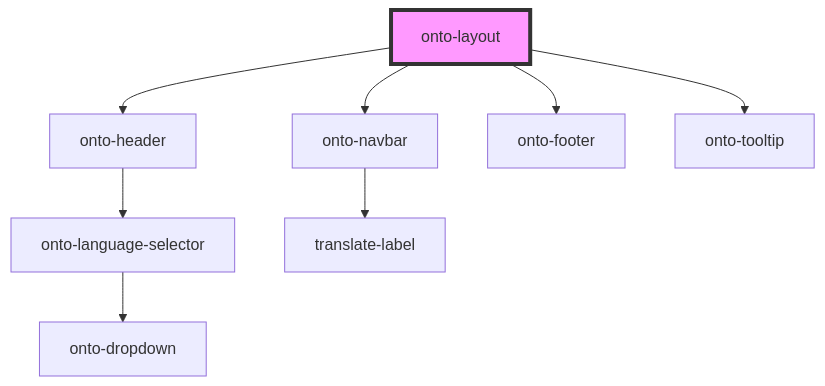
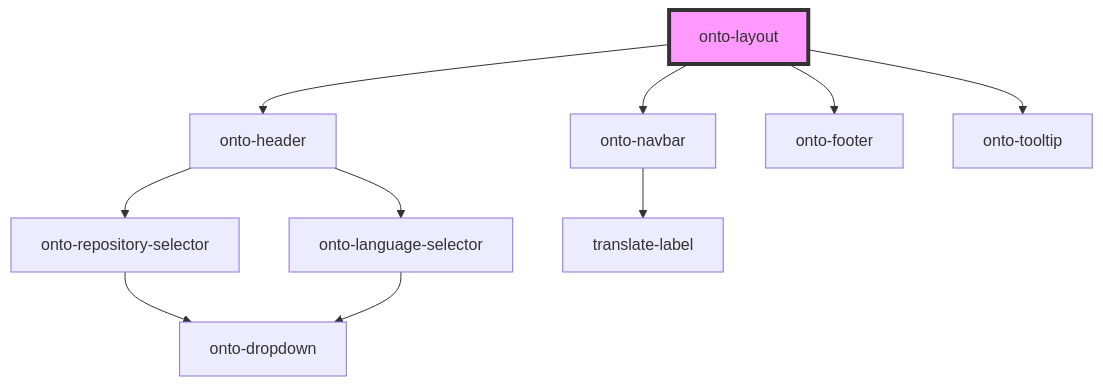
Before and after one commit to Ontotext-AD/graphdb-workbench: the diagram in packages/shared-components/src/components/onto-layout/readme.md, drawn with Mermaid. The commit also changed 70 other files, not shown here.

First line of the commit message:
GDB-10569: WB Migration: Implement the repository change selector in the header

````diff
--- a/packages/shared-components/src/components/onto-layout/readme.md
+++ b/packages/shared-components/src/components/onto-layout/readme.md
@@ -18,11 +18,13 @@
 ```mermaid
 graph TD;
   onto-layout --> onto-header
   onto-layout --> onto-navbar
   onto-layout --> onto-footer
   onto-layout --> onto-tooltip
+  onto-header --> onto-repository-selector
   onto-header --> onto-language-selector
+  onto-repository-selector --> onto-dropdown
   onto-language-selector --> onto-dropdown
   onto-navbar --> translate-label
   style onto-layout fill:#f9f,stroke:#333,stroke-width:4px
 ```
````
